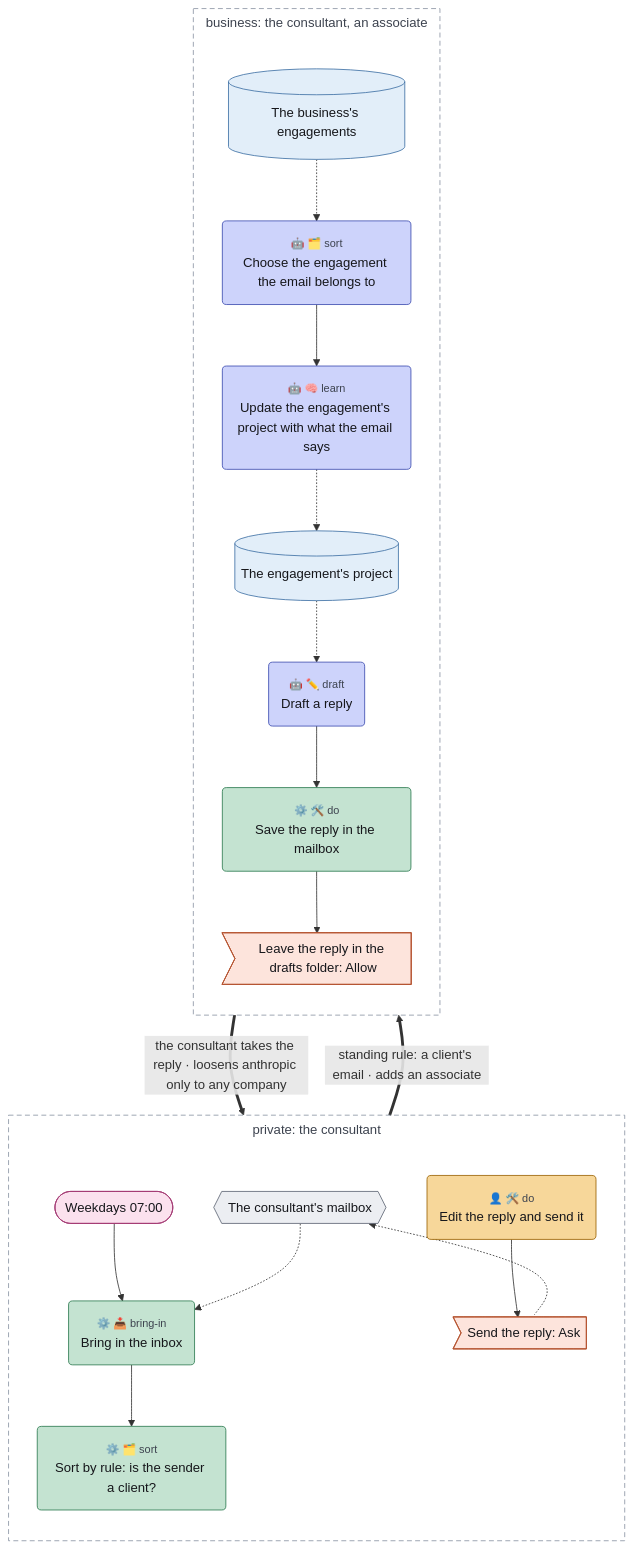
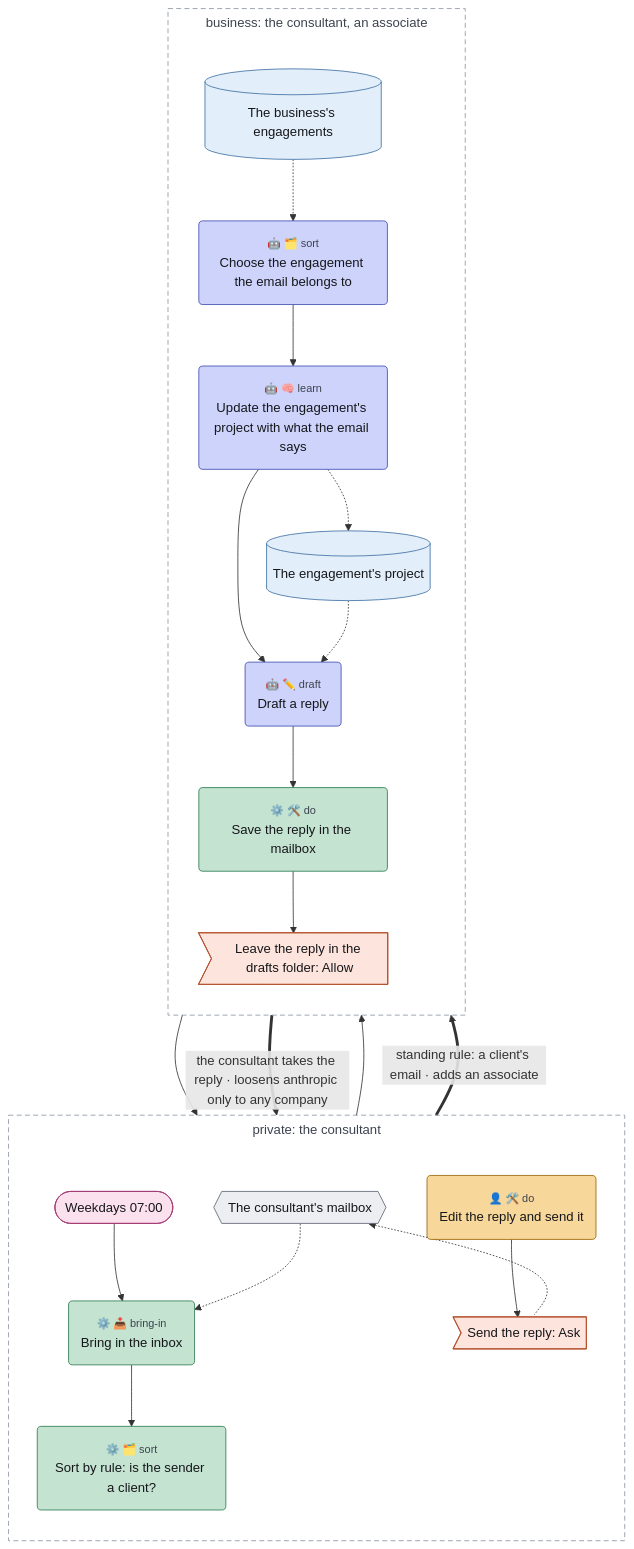
Before and after one commit to chrismdp/awml: the diagram in plugins/awml/skills/awml/references/examples/client-email.mmd, drawn with Mermaid. The commit also changed 106 other files, not shown here.

```diff
--- a/plugins/awml/skills/awml/references/examples/client-email.mmd
+++ b/plugins/awml/skills/awml/references/examples/client-email.mmd
@@ -1,64 +1,67 @@
 ---
 config:
   theme: default
   fontFamily: Inter, sans-serif
   flowchart:
     useMaxWidth: false
     subGraphTitleMargin:
       top: 6
       bottom: 30
 ---
 flowchart TB
   subgraph private["private#58; the consultant"]
     direction TB
     mailbox{{"The consultant#39;s mailbox"}}
     weekdays(["Weekdays 07#58;00"])
     bring("<small style='color:rgb(61,67,79)'>⚙️ 📥 bring-in</small><br>Bring in the inbox")
     rules("<small style='color:rgb(61,67,79)'>⚙️ 🗂️ sort</small><br>Sort by rule#58; is the sender a client#63;")
     edit("<small style='color:rgb(61,67,79)'>👤 🛠️ do</small><br>Edit the reply and send it")
     send>"Send the reply#58; Ask"]
   end
   subgraph business["business#58; the consultant#44; an associate"]
     direction TB
     engagements[("The business#39;s engagements")]
     choose("<small style='color:rgb(61,67,79)'>🤖 🗂️ sort</small><br>Choose the engagement the email belongs to")
     learn("<small style='color:rgb(61,67,79)'>🤖 🧠 learn</small><br>Update the engagement#39;s project with what the email says")
     project[("The engagement#39;s project")]
     draft("<small style='color:rgb(61,67,79)'>🤖 ✏️ draft</small><br>Draft a reply")
     save("<small style='color:rgb(61,67,79)'>⚙️ 🛠️ do</small><br>Save the reply in the mailbox")
     saved>"Leave the reply in the drafts folder#58; Allow"]
   end
 
   weekdays --> bring
   mailbox -.-> bring
   bring --> rules
+  rules --> choose
   rules ==>|"standing rule#58; a client#39;s email · adds an associate"| choose
   engagements -.-> choose
   choose --> learn
   learn -.-> project
+  learn --> draft
   project -.-> draft
   draft --> save
   save --> saved
+  save --> edit
   saved ==>|"the consultant takes the reply · loosens anthropic only to any company"| edit
   edit --> send
   mailbox <-.-> send
   classDef trig fill:#fbe1ee,stroke:#a33a74,color:#16171b
   classDef ctx fill:#e2eef9,stroke:#3d6fa3,color:#16171b
   classDef con fill:#eceef2,stroke:#5d6472,color:#16171b
   classDef surf fill:#ffffff,stroke:#2a2d35,stroke-width:1.5px,color:#16171b
   classDef out fill:#fde4dc,stroke:#b5532f,color:#16171b
   classDef ai fill:#cdd3fb,stroke:#3b4bb0,color:#16171b
   classDef code fill:#c4e3d1,stroke:#2b7a4f,color:#16171b
   classDef person fill:#f7d79a,stroke:#9a6100,color:#16171b
   classDef uml fill:#16171b,stroke:#16171b,color:#16171b
   classDef gap fill:#ffffff,stroke:#8a93a3,stroke-dasharray:4 3,color:#6b7280
   class weekdays trig
   class engagements,project ctx
   class mailbox con
   class saved,send out
   class choose,learn,draft ai
   class bring,rules,save code
   class edit person
   style private fill:transparent,stroke:#8a93a3,stroke-dasharray:6 4,color:#3d434f
   style business fill:transparent,stroke:#8a93a3,stroke-dasharray:6 4,color:#3d434f
-  linkStyle 12 marker-end:none
+  linkStyle 15 marker-end:none
```
